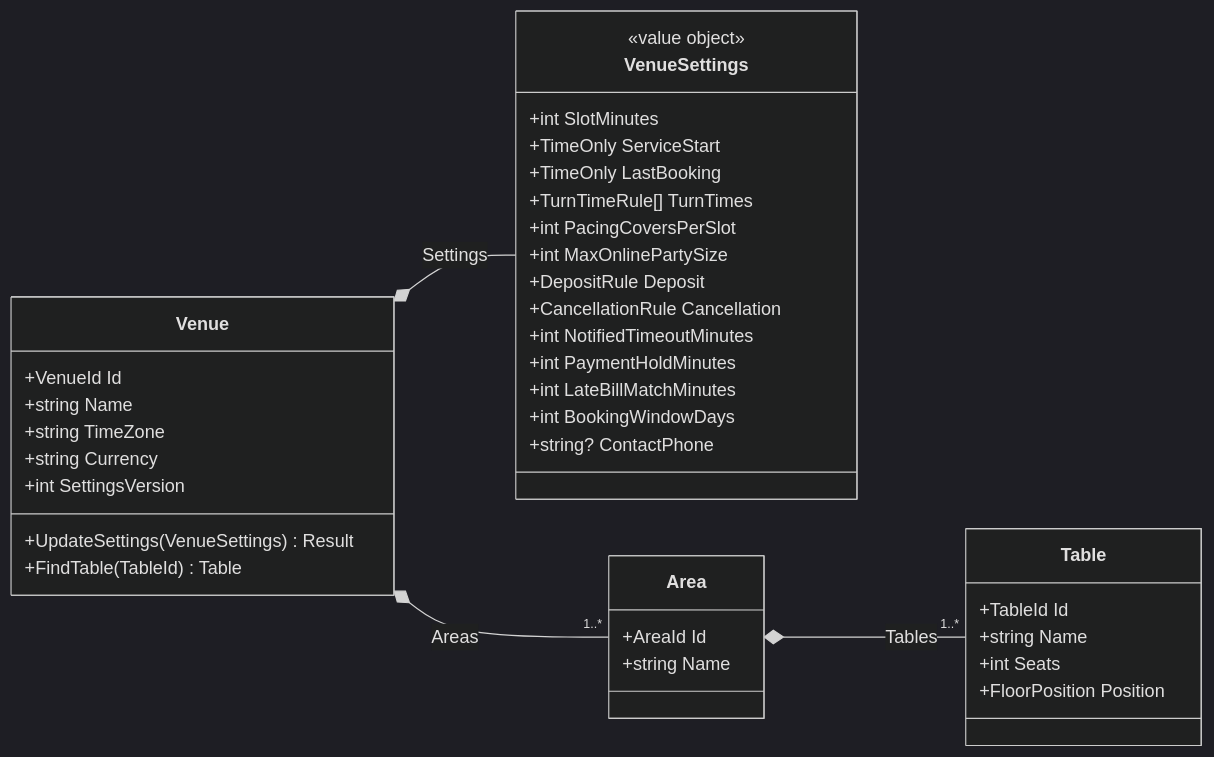
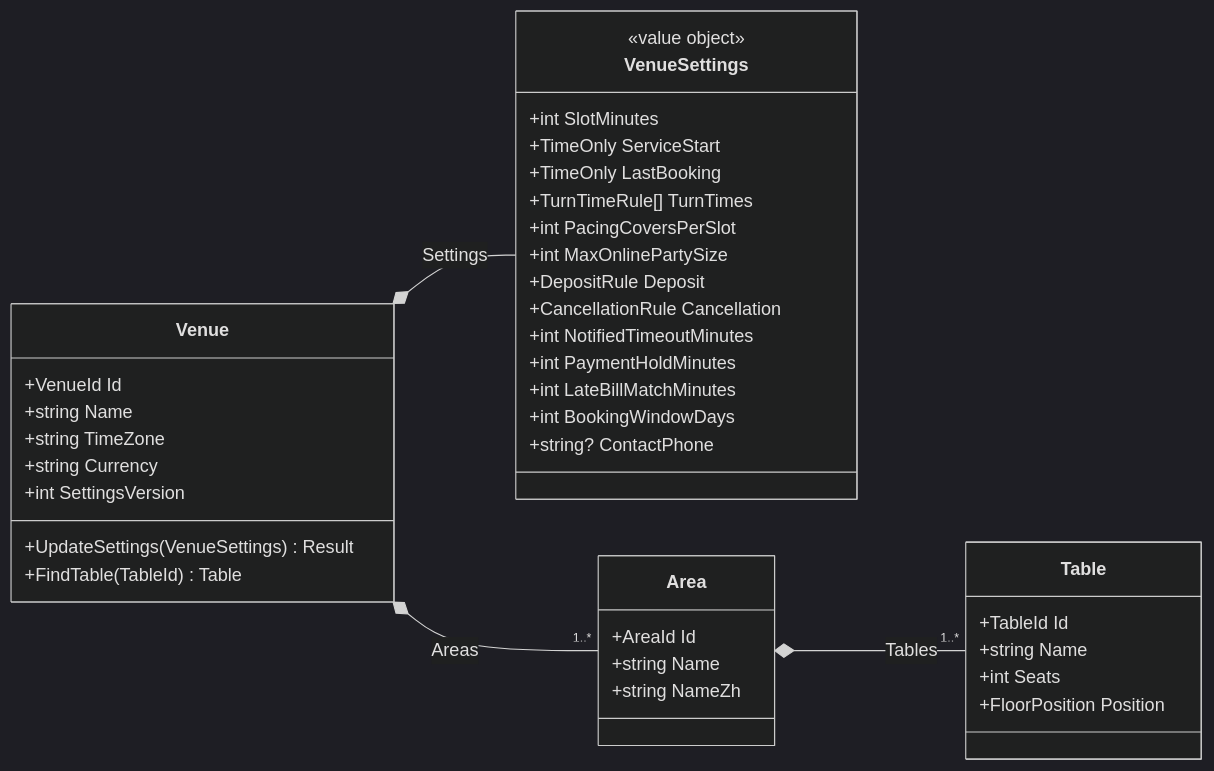
One commit to ring9834/TableReservation changed the second of 28 diagrams in docs/Design.md. Above: the diagram before and after it, drawn with Mermaid (dark theme). The commit also changed other lines of this file and 91 other files, not shown here.

````diff
--- a/docs/Design.md
+++ b/docs/Design.md
@@ -166,42 +167,43 @@
 ```mermaid
 classDiagram
     direction LR
     class Venue {
         +VenueId Id
         +string Name
         +string TimeZone
         +string Currency
         +int SettingsVersion
         +UpdateSettings(VenueSettings) Result
         +FindTable(TableId) Table
     }
     class VenueSettings {
         <<value object>>
         +int SlotMinutes
         +TimeOnly ServiceStart
         +TimeOnly LastBooking
         +TurnTimeRule[] TurnTimes
         +int PacingCoversPerSlot
         +int MaxOnlinePartySize
         +DepositRule Deposit
         +CancellationRule Cancellation
         +int NotifiedTimeoutMinutes
         +int PaymentHoldMinutes
         +int LateBillMatchMinutes
         +int BookingWindowDays
         +string? ContactPhone
     }
     class Area {
         +AreaId Id
         +string Name
+        +string NameZh
     }
     class Table {
         +TableId Id
         +string Name
         +int Seats
         +FloorPosition Position
     }
     Venue *-- VenueSettings : Settings
     Venue *-- "1..*" Area : Areas
     Area *-- "1..*" Table : Tables
 ```
````
